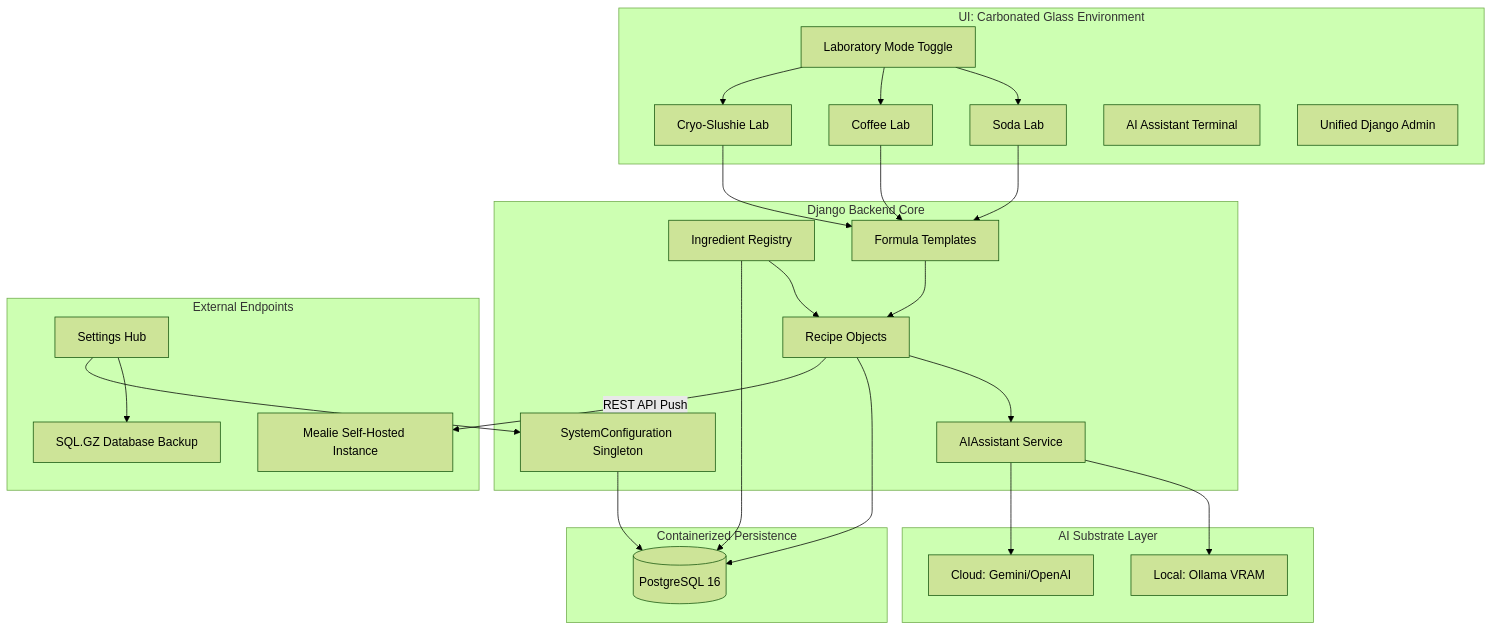
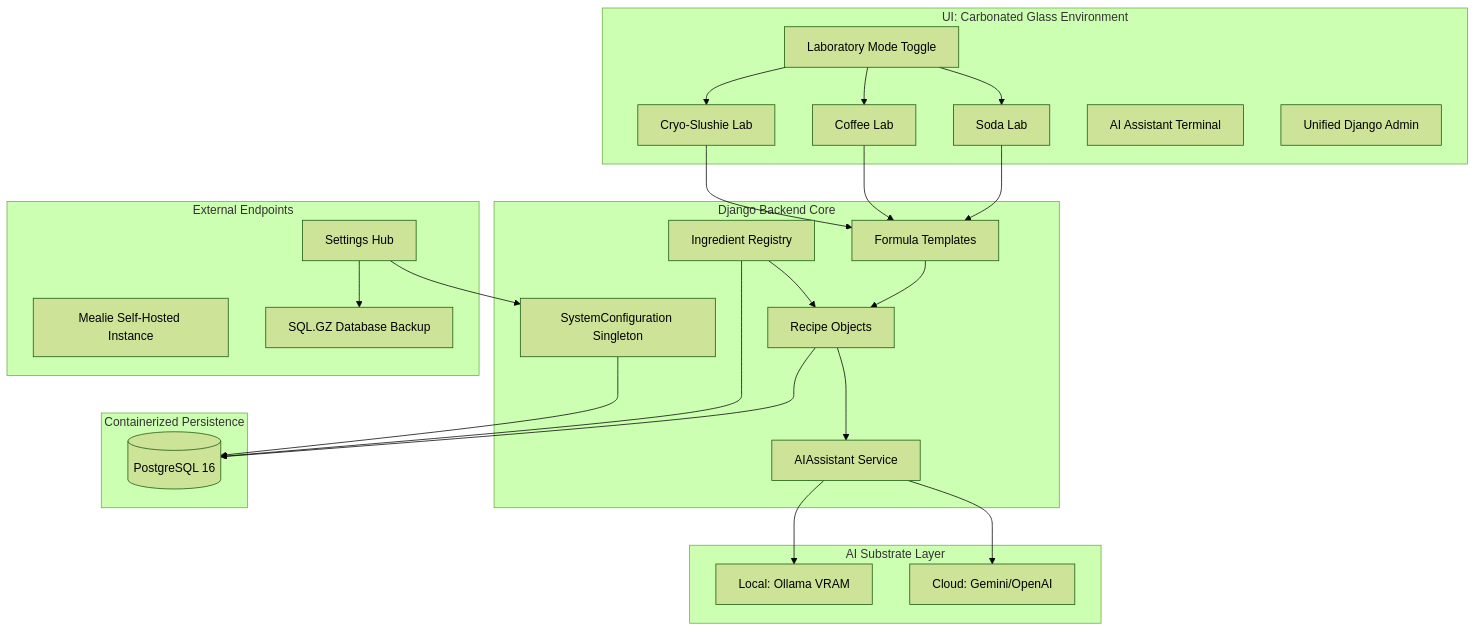
The diagram in README.md (castertr0y357/BeverageLab), drawn with Mermaid (forest theme) before and after one commit. The commit also changed 20 other files, not shown here.

````diff
--- a/README.md
+++ b/README.md
@@ -83,48 +83,47 @@
 ```mermaid
 graph TD
     subgraph Frontend [UI: Carbonated Glass Environment]
         LabMod[Laboratory Mode Toggle] --> SODA[Soda Lab]
         LabMod --> COFF[Coffee Lab]
         LabMod --> CRYO[Cryo-Slushie Lab]
         Console[AI Assistant Terminal]
         UI_Admin[Unified Django Admin]
     end
 
     subgraph Core [Django Backend Core]
         Ing[Ingredient Registry]
         Form[Formula Templates]
         Rec[Recipe Objects]
         AI_Svc[AIAssistant Service]
         SysConf[SystemConfiguration Singleton]
         
         SODA --> Form
         COFF --> Form
         CRYO --> Form
         Form --> Rec
         Ing --> Rec
         Rec --> AI_Svc
     end
 
     subgraph Data [Containerized Persistence]
         DB[(PostgreSQL 16)]
         Rec --> DB
         Ing --> DB
         SysConf --> DB
     end
     
     subgraph Neural [AI Substrate Layer]
         Ollama[Local: Ollama VRAM]
         Cloud[Cloud: Gemini/OpenAI]
         AI_Svc --> Ollama
         AI_Svc --> Cloud
     end
 
     subgraph External [External Endpoints]
         Mealie[Mealie Self-Hosted Instance]
         Export[SQL.GZ Database Backup]
         
         Settings[Settings Hub] --> Export
         Settings --> SysConf
-        Rec -- "REST API Push" --> Mealie
     end
 ```
````
